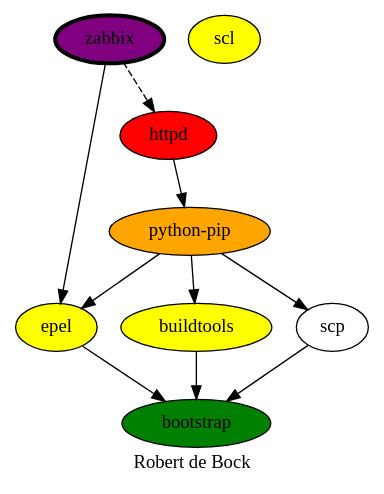
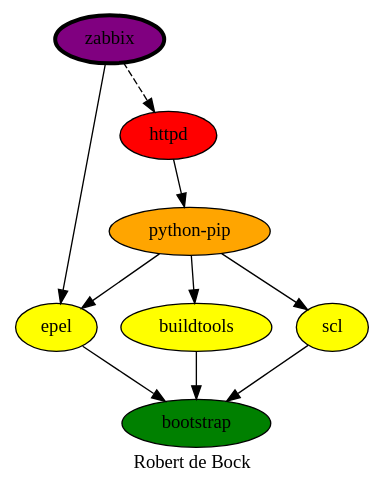
Before and after one commit to robertdebock/robertdebock.github.io: the diagram in zabbix.dot, drawn with Graphviz.

Commit message:
Update zabbix.dot
typo.

```diff
--- a/zabbix.dot
+++ b/zabbix.dot
@@ -1,18 +1,18 @@
 digraph PhiloDilemma {
   label = "Robert de Bock" ;
   overlap=false
   {
     bootstrap [fillcolor=green style=filled]
     buildtools [fillcolor=yellow style=filled]
     epel [fillcolor=yellow style=filled]
     scl [fillcolor=yellow style=filled]
     "python-pip" [fillcolor=orange style=filled]
     httpd [fillcolor=red style=filled]
     zabbix [fillcolor=purple style=filled penwidth=3]
   }
-  {buildtools epel scp} -> bootstrap
-  "python-pip" -> {buildtools epel scp}
+  {buildtools epel scl} -> bootstrap
+  "python-pip" -> {buildtools epel scl}
   httpd -> "python-pip"
   zabbix -> epel
   zabbix -> httpd [style=dashed]
 }
```
